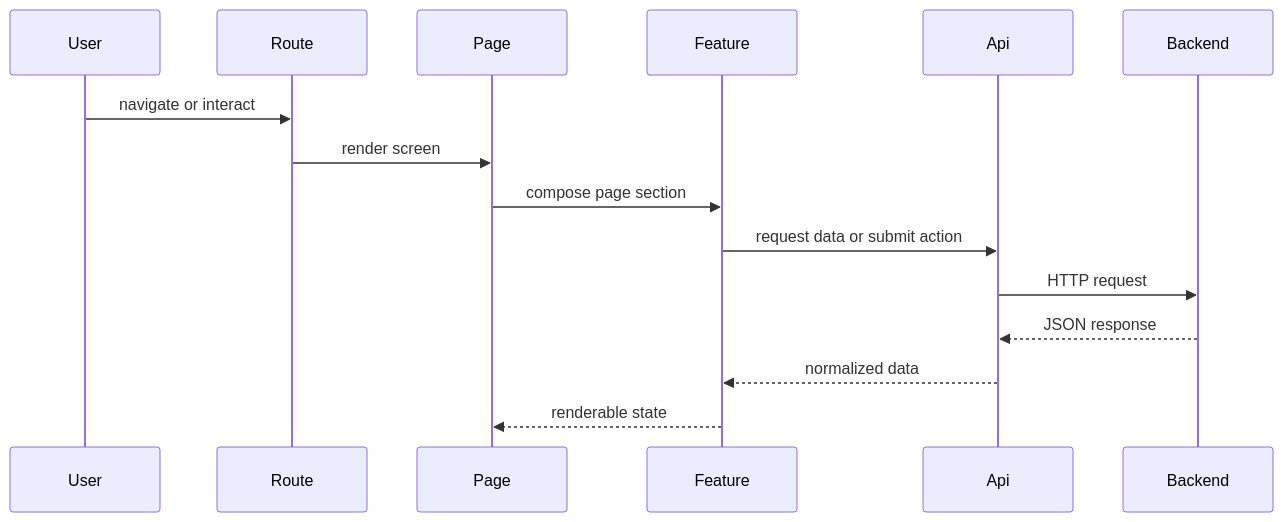
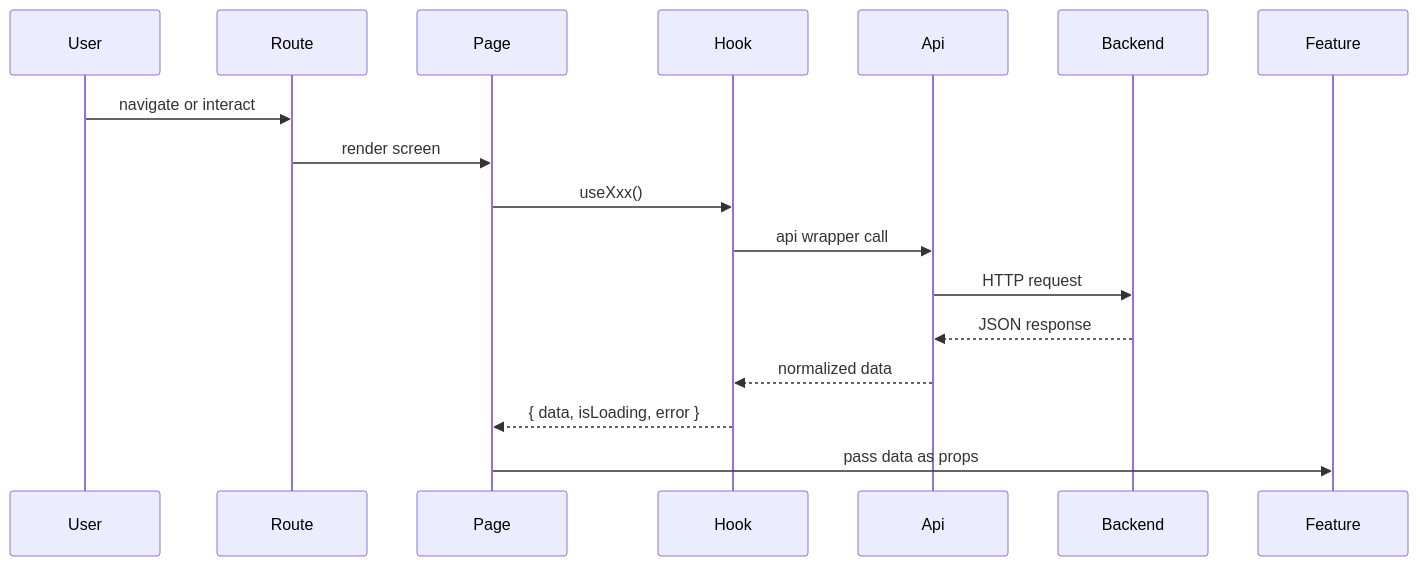
The fourth of 5 diagrams in docs/bruinnest-frontend-architecture.md (bruinnest-team/bruinnest), drawn with Mermaid before and after one commit. The commit also changed other lines of this file and 50 other files, not shown here.

````diff
--- a/docs/bruinnest-frontend-architecture.md
+++ b/docs/bruinnest-frontend-architecture.md
@@ -632,18 +902,19 @@
 ```mermaid
 sequenceDiagram
     participant User
     participant Route
     participant Page
-    participant Feature
+    participant Hook
     participant Api
     participant Backend
 
     User->>Route: navigate or interact
     Route->>Page: render screen
-    Page->>Feature: compose page section
-    Feature->>Api: request data or submit action
+    Page->>Hook: useXxx()
+    Hook->>Api: api wrapper call
     Api->>Backend: HTTP request
     Backend-->>Api: JSON response
-    Api-->>Feature: normalized data
-    Feature-->>Page: renderable state
+    Api-->>Hook: normalized data
+    Hook-->>Page: { data, isLoading, error }
+    Page->>Feature: pass data as props
 ```
````
